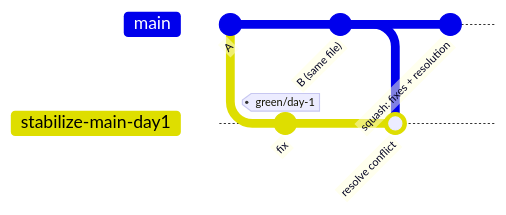
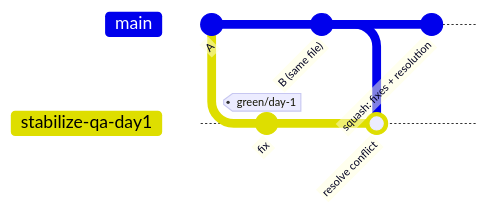
The sixth of 10 diagrams in .ai/specs/2026-11-25-batch-merge-and-green-tag-release-process.md (open-mercato/open-mercato), drawn with Mermaid before and after one commit. The commit also changed other lines of this file and 8 other files, not shown here.

````diff
--- a/.ai/specs/2026-11-25-batch-merge-and-green-tag-release-process.md
+++ b/.ai/specs/2026-11-25-batch-merge-and-green-tag-release-process.md
@@ -349,13 +351,13 @@
 ```mermaid
 gitGraph
   commit id: "A"
-  branch stabilize-main-day1
-  checkout stabilize-main-day1
+  branch stabilize-qa-day1
+  checkout stabilize-qa-day1
   commit id: "fix" tag: "green/day-1"
   checkout main
   commit id: "B (same file)"
-  checkout stabilize-main-day1
+  checkout stabilize-qa-day1
   merge main id: "resolve conflict"
   checkout main
   commit id: "squash: fixes + resolution"
 ```
````
